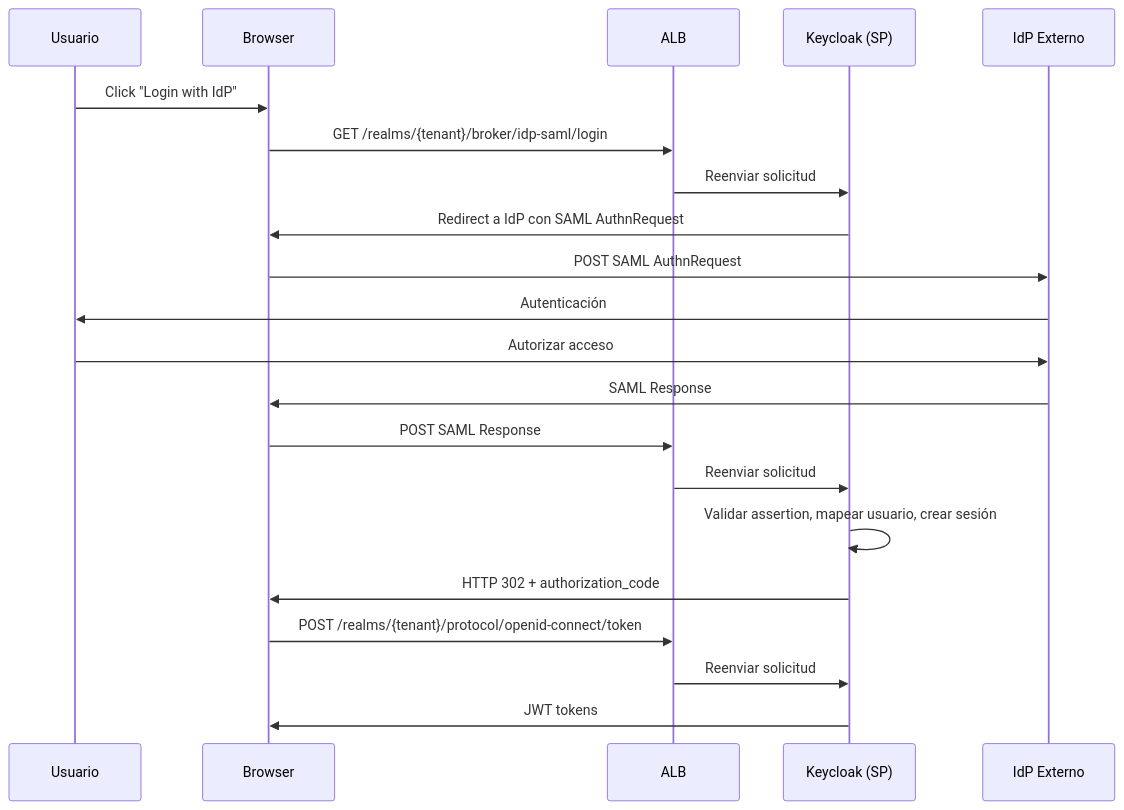
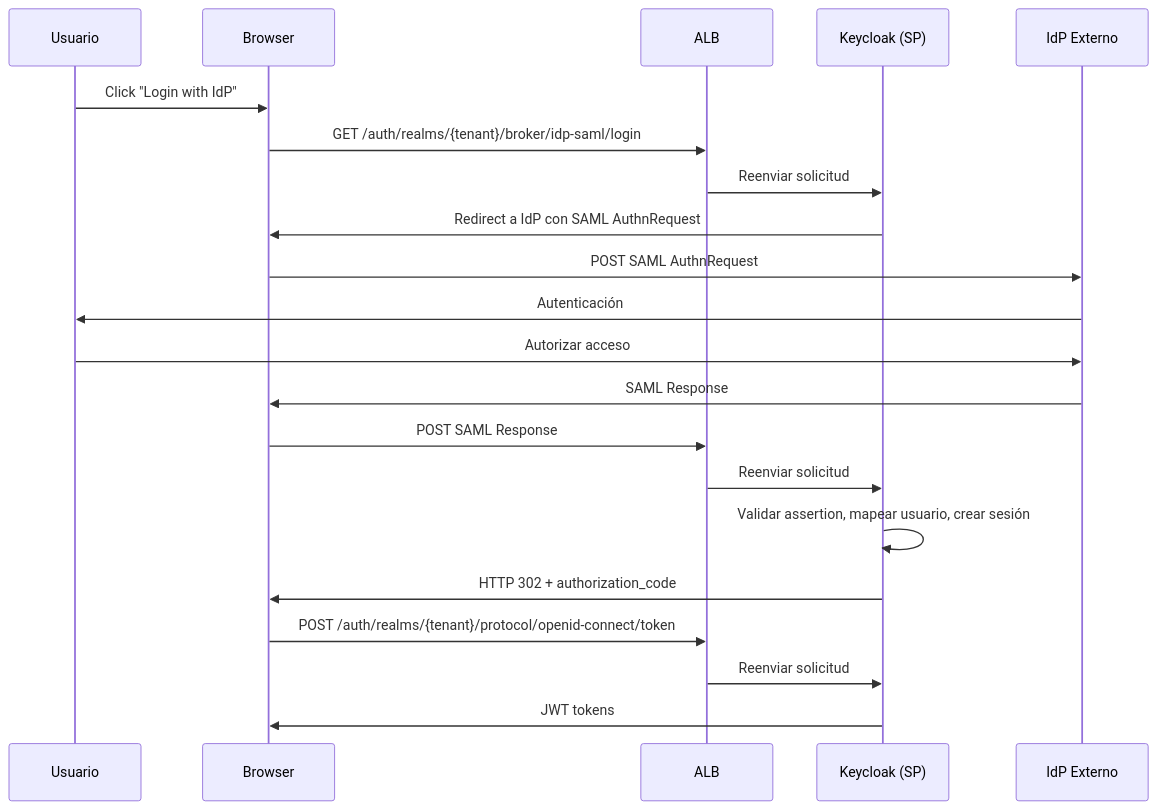
Before and after one commit to jclemente-tlm/tlm-doc-architecture: the second of 3 diagrams in docs/plataforma-corporativa/plataforma-de-integracion/identidad-y-accesos/06-vista-tiempo-ejecucion.md, drawn with Mermaid. The commit also changed other lines of this file and 11 other files, not shown here.

````diff
--- a/docs/plataforma-corporativa/plataforma-de-integracion/identidad-y-accesos/06-vista-tiempo-ejecucion.md
+++ b/docs/plataforma-corporativa/plataforma-de-integracion/identidad-y-accesos/06-vista-tiempo-ejecucion.md
@@ -54,24 +56,24 @@
 ```mermaid
 sequenceDiagram
     participant User as Usuario
     participant Browser as Browser
     participant ALB as ALB
     participant KC as Keycloak (SP)
     participant IdP as IdP Externo
 
     User->>Browser: Click "Login with IdP"
-    Browser->>ALB: GET /realms/{tenant}/broker/idp-saml/login
+    Browser->>ALB: GET /auth/realms/{tenant}/broker/idp-saml/login
     ALB->>KC: Reenviar solicitud
     KC->>Browser: Redirect a IdP con SAML AuthnRequest
     Browser->>IdP: POST SAML AuthnRequest
     IdP->>User: Autenticación
     User->>IdP: Autorizar acceso
     IdP->>Browser: SAML Response
     Browser->>ALB: POST SAML Response
     ALB->>KC: Reenviar solicitud
     KC->>KC: Validar assertion, mapear usuario, crear sesión
     KC->>Browser: HTTP 302 + authorization_code
-    Browser->>ALB: POST /realms/{tenant}/protocol/openid-connect/token
+    Browser->>ALB: POST /auth/realms/{tenant}/protocol/openid-connect/token
     ALB->>KC: Reenviar solicitud
     KC->>Browser: JWT tokens
 ```
````
